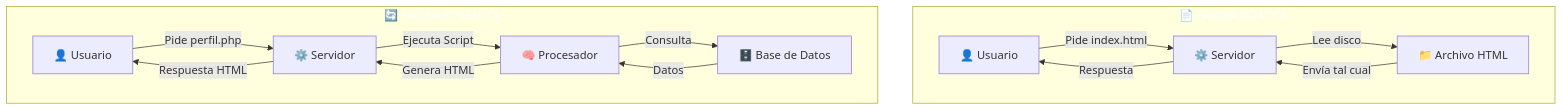
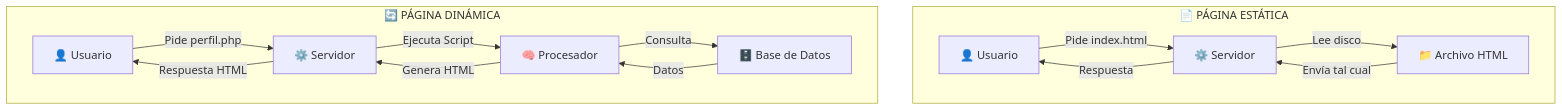
The first of 5 diagrams in 06-web-dinamica.md (joseluisgs/DesarrolloWebEntornosServidor-01-2026-2027), drawn with Mermaid before and after one commit. The commit also changed other lines of this file and 15 other files, not shown here.

Commit message:
docs: quitar el relleno a los subgraf de los diagramas y corregir comillas y rayas sueltas

````diff
--- a/06-web-dinamica.md
+++ b/06-web-dinamica.md
@@ -37,21 +37,19 @@
 ```mermaid
 graph TD
     subgraph ESTÁTICA["📄 PÁGINA ESTÁTICA"]
         U1["👤 Usuario"] -->|"Pide index.html"| S1["⚙️ Servidor"]
         S1 -->|"Lee disco"| D1["📁 Archivo HTML"]
         D1 -->|"Envía tal cual"| S1
         S1 -->|"Respuesta"| U1
     end
 
     subgraph DINÁMICA["🔄 PÁGINA DINÁMICA"]
         U2["👤 Usuario"] -->|"Pide perfil.php"| S2["⚙️ Servidor"]
         S2 -->|"Ejecuta Script"| P["🧠 Procesador"]
         P -->|"Consulta"| DB["🗄️ Base de Datos"]
         DB -->|"Datos"| P
         P -->|"Genera HTML"| S2
         S2 -->|"Respuesta HTML"| U2
     end
 
-    style ESTÁTICA fill:#2196F,color:#fff3,color:#fff
-    style DINÁMICA fill:#4CAF5,color:#fff0,color:#fff
 ```
````
